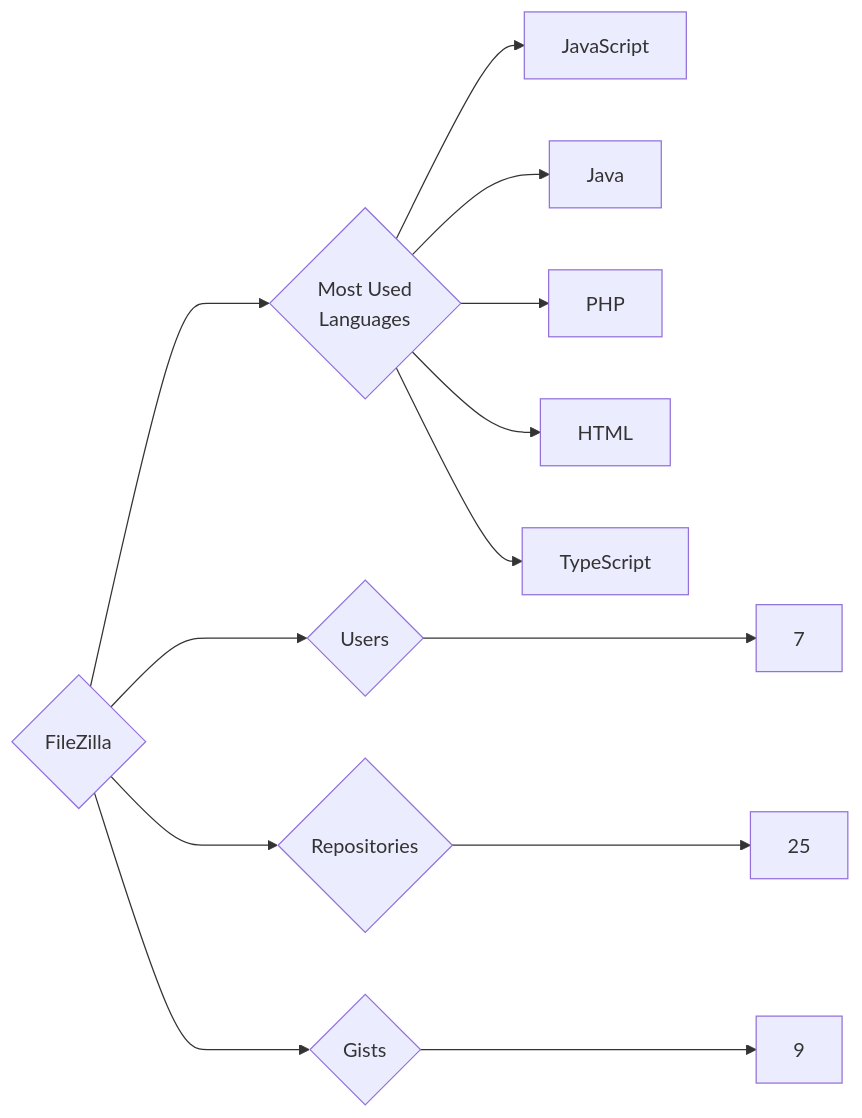
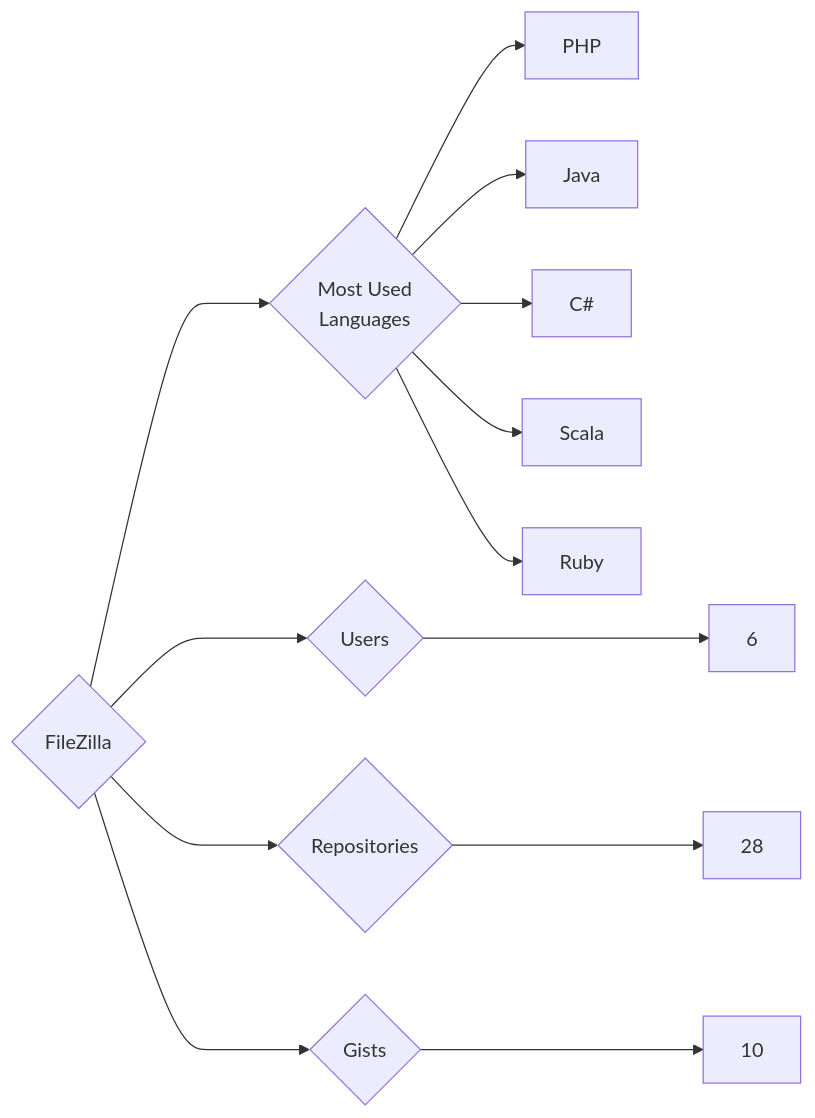
The diagram in targets/FileZilla/README.md (trickest/insiders), drawn with Mermaid before and after one commit. The commit also changed 1175 other files, not shown here.

````diff
--- a/targets/FileZilla/README.md
+++ b/targets/FileZilla/README.md
@@ -3,13 +3,13 @@
 ```mermaid
 graph LR
 COMPANY_NAME{FileZilla}
-COMPANY_NAME ---> U{Users} ---> UN[7]
-COMPANY_NAME ---> R{Repositories} ---> RN[25]
-COMPANY_NAME ---> G{Gists} ---> GN[9]
+COMPANY_NAME ---> U{Users} ---> UN[6]
+COMPANY_NAME ---> R{Repositories} ---> RN[28]
+COMPANY_NAME ---> G{Gists} ---> GN[10]
 COMPANY_NAME ---> ML{Most Used<br>Languages}
-ML --> JavaScript[JavaScript]
+ML --> PHP[PHP]
 ML --> Java[Java]
-ML --> PHP[PHP]
-ML --> HTML[HTML]
-ML --> TypeScript[TypeScript]
+ML --> C#[C#]
+ML --> Scala[Scala]
+ML --> Ruby[Ruby]
 ```
````
